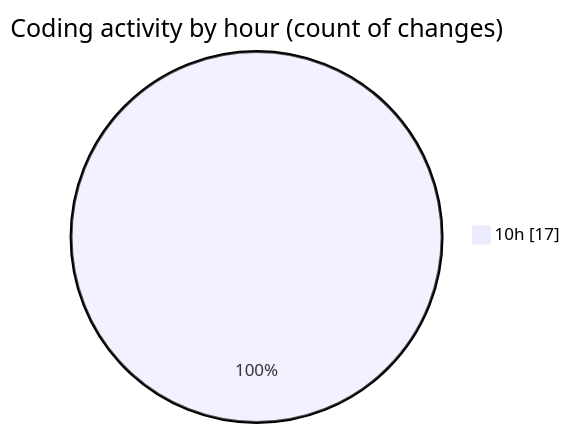
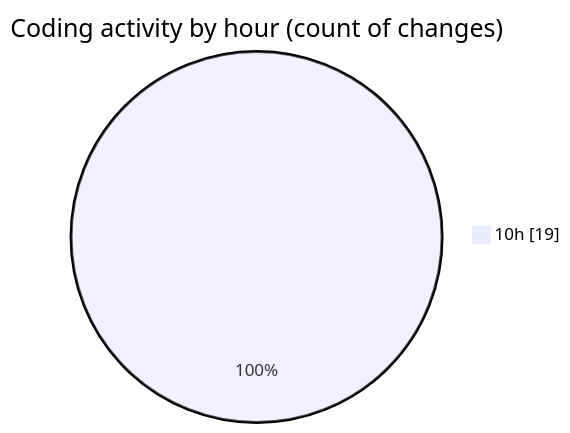
One commit to CELIANVF/code-tracking changed the second of 2 diagrams in 2025-05-15/ecodeli-1/README.md. Above: the diagram before and after it, drawn with Mermaid. The commit also changed other lines of this file and 1 other file, not shown here.

````diff
--- a/2025-05-15/ecodeli-1/README.md
+++ b/2025-05-15/ecodeli-1/README.md
@@ -37,5 +38,5 @@
 ```mermaid
 pie showData
 title Coding activity by hour (count of changes)
-"10h" : 17
+"10h" : 19
 ```
````
